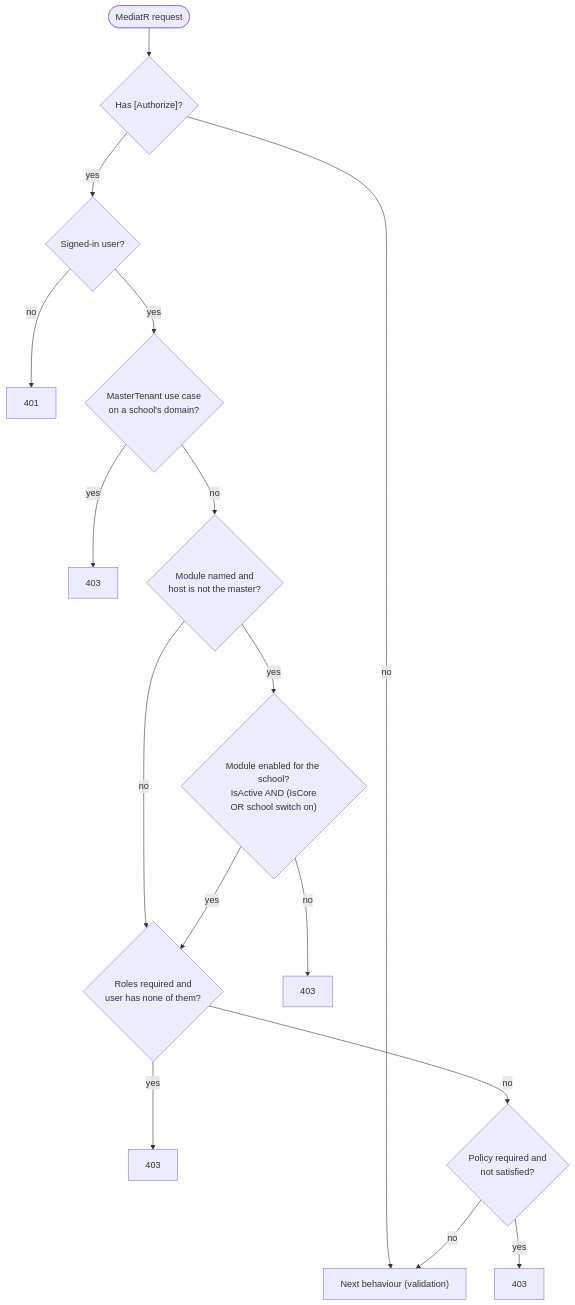
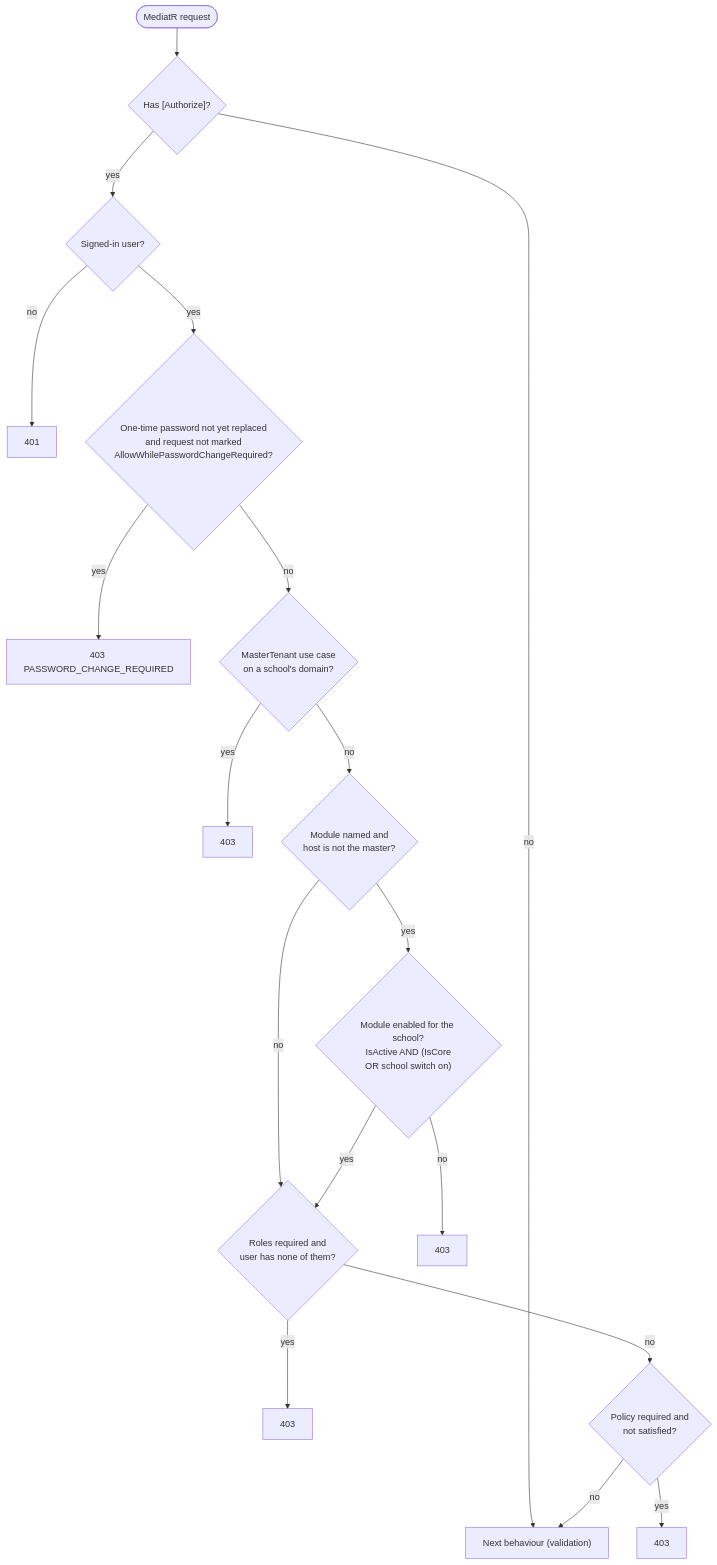
Before and after one commit to ahmedshahjr/Education-Portal: diagram 11 of 20 in README.md, drawn with Mermaid. The commit also changed other lines of this file and 46 other files, not shown here.

````diff
--- a/README.md
+++ b/README.md
@@ -622,18 +626,20 @@
 ```mermaid
 flowchart TB
     start(["MediatR request"]) --> has{"Has [Authorize]?"}
     has -- no --> next["Next behaviour (validation)"]
     has -- yes --> user{"Signed-in user?"}
     user -- no --> e401["401"]
-    user -- yes --> master{"MasterTenant use case<br/>on a school's domain?"}
+    user -- yes --> otp{"One-time password not yet replaced<br/>and request not marked<br/>AllowWhilePasswordChangeRequired?"}
+    otp -- yes --> e403p["403 PASSWORD_CHANGE_REQUIRED"]
+    otp -- no --> master{"MasterTenant use case<br/>on a school's domain?"}
     master -- yes --> e403a["403"]
     master -- no --> mod{"Module named and<br/>host is not the master?"}
     mod -- no --> roles
     mod -- yes --> enabled{"Module enabled for the school?<br/>IsActive AND (IsCore<br/>OR school switch on)"}
     enabled -- no --> e403b["403"]
     enabled -- yes --> roles{"Roles required and<br/>user has none of them?"}
     roles -- yes --> e403c["403"]
     roles -- no --> policy{"Policy required and<br/>not satisfied?"}
     policy -- yes --> e403d["403"]
     policy -- no --> next
 ```
````
